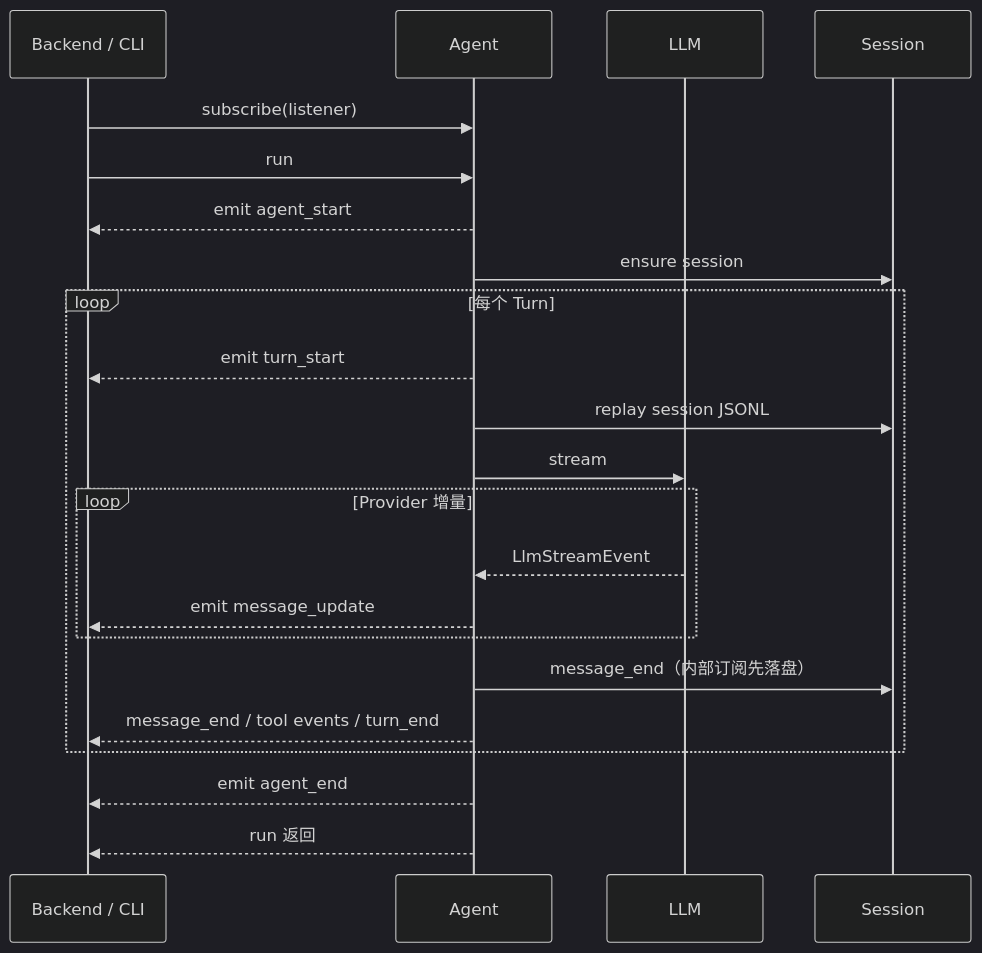
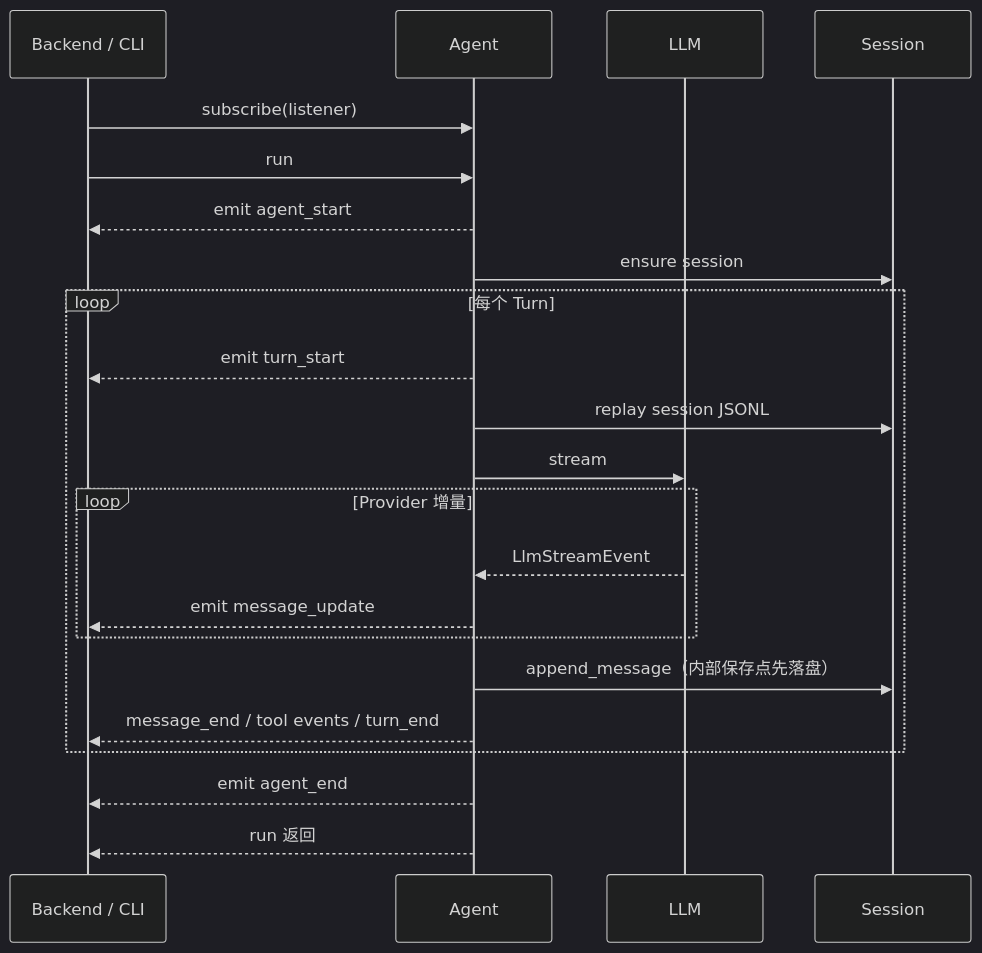
The second of 2 diagrams in docs/项目架构.md (Camelovee/Camel-Harness), drawn with Mermaid (dark theme) before and after one commit. The commit also changed other lines of this file and 55 other files, not shown here.

````diff
--- a/docs/项目架构.md
+++ b/docs/项目架构.md
@@ -146,25 +148,25 @@
 ```mermaid
 sequenceDiagram
     participant U as Backend / CLI
     participant A as Agent
     participant M as LLM
     participant S as Session
 
     U->>A: subscribe(listener)
     U->>A: run
     A-->>U: emit agent_start
     A->>S: ensure session
     loop 每个 Turn
         A-->>U: emit turn_start
         A->>S: replay session JSONL
         A->>M: stream
         loop Provider 增量
             M-->>A: LlmStreamEvent
             A-->>U: emit message_update
         end
-        A->>S: message_end（内部订阅先落盘）
+        A->>S: append_message（内部保存点先落盘）
         A-->>U: message_end / tool events / turn_end
     end
     A-->>U: emit agent_end
     A-->>U: run 返回
 ```
````
